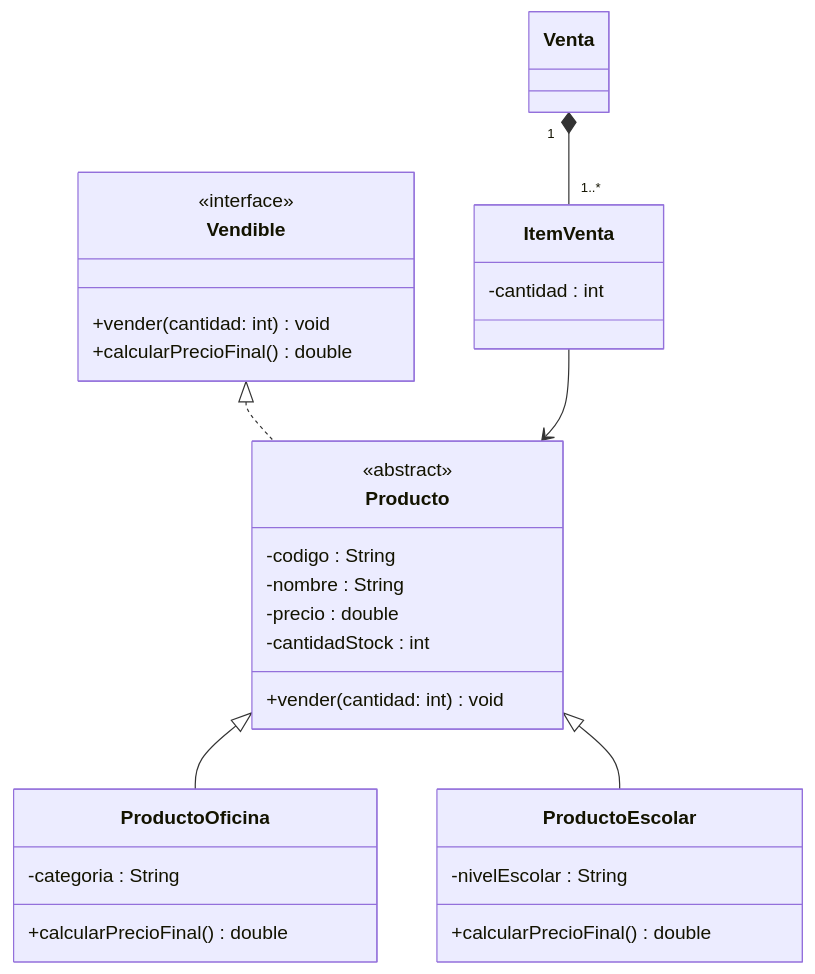
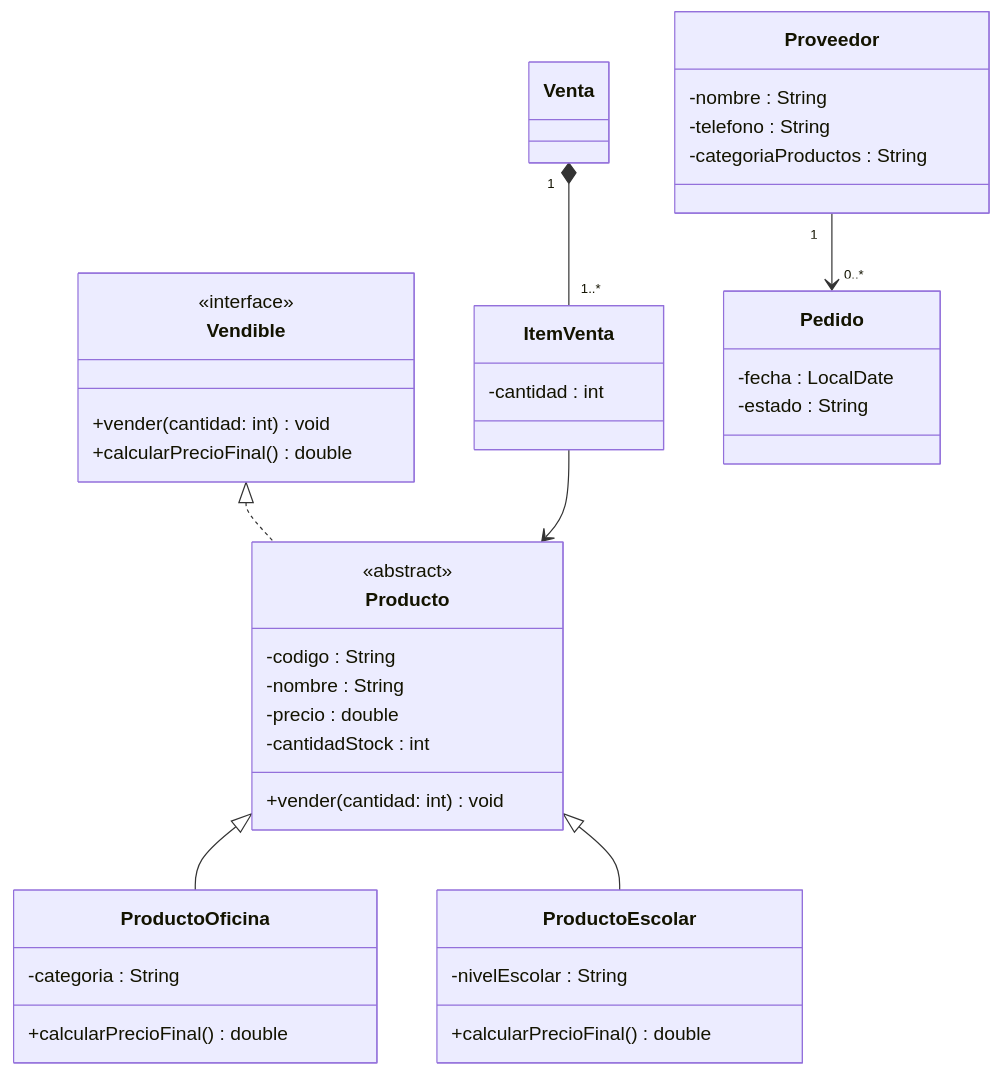
The first of 5 diagrams in content/cursos/estructuras-de-datos/guias/lab-m1-diseno-oo-completo.md (santiagoSuarez219/nodo-edu), drawn with Mermaid before and after one commit. The commit also changed other lines of this file, not shown here.

````diff
--- a/content/cursos/estructuras-de-datos/guias/lab-m1-diseno-oo-completo.md
+++ b/content/cursos/estructuras-de-datos/guias/lab-m1-diseno-oo-completo.md
@@ -69,34 +67,44 @@
 ```mermaid
 classDiagram
   class Vendible {
     <<interface>>
     +vender(cantidad: int) void
     +calcularPrecioFinal() double
   }
   class Producto {
     <<abstract>>
     -codigo : String
     -nombre : String
     -precio : double
     -cantidadStock : int
     +vender(cantidad: int) void
   }
   class ProductoOficina {
     -categoria : String
     +calcularPrecioFinal() double
   }
   class ProductoEscolar {
     -nivelEscolar : String
     +calcularPrecioFinal() double
   }
   class ItemVenta {
     -cantidad : int
   }
   class Venta {
   }
+  class Proveedor {
+    -nombre : String
+    -telefono : String
+    -categoriaProductos : String
+  }
+  class Pedido {
+    -fecha : LocalDate
+    -estado : String
+  }
   Vendible <|.. Producto
   Producto <|-- ProductoOficina
   Producto <|-- ProductoEscolar
   Venta "1" *-- "1..*" ItemVenta
   ItemVenta --> Producto
+  Proveedor "1" --> "0..*" Pedido
 ```
````
